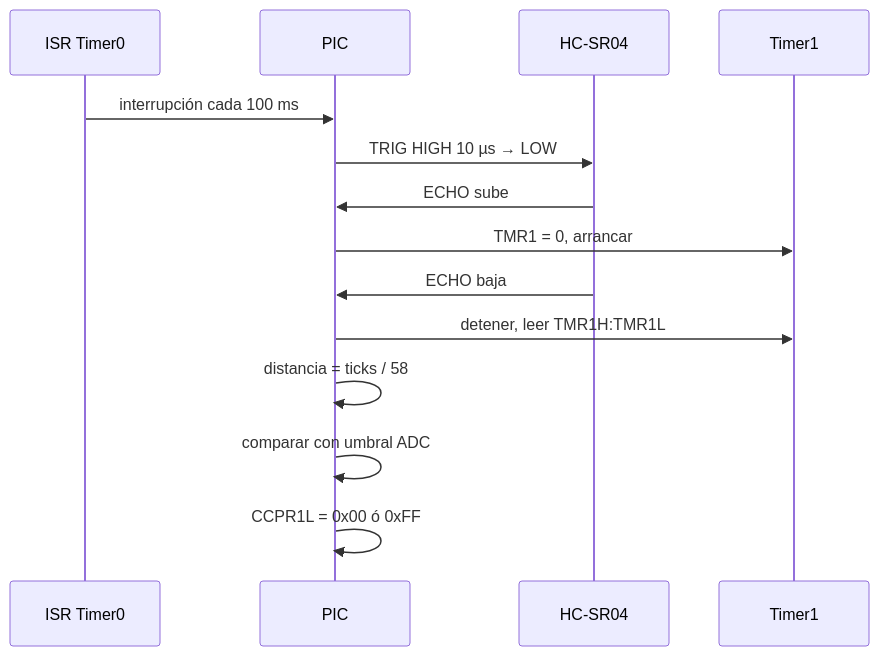
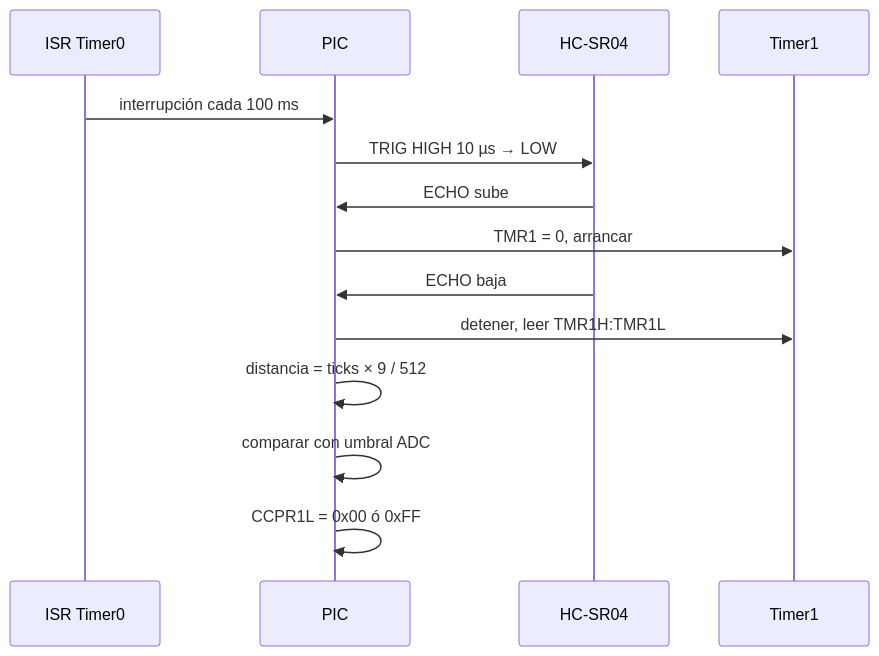
The second of 2 diagrams in README.md (DiligentOtter/Trabajo-Pratico-Final-DII), drawn with Mermaid before and after one commit. The commit also changed other lines of this file and 5 other files, not shown here.

````diff
--- a/README.md
+++ b/README.md
@@ -162,17 +162,17 @@
 ```mermaid
 sequenceDiagram
     participant TMR0 as ISR Timer0
     participant PIC
     participant SR04 as HC-SR04
     participant TMR1 as Timer1
 
     TMR0->>PIC: interrupción cada 100 ms
     PIC->>SR04: TRIG HIGH 10 µs → LOW
     SR04->>PIC: ECHO sube
     PIC->>TMR1: TMR1 = 0, arrancar
     SR04->>PIC: ECHO baja
     PIC->>TMR1: detener, leer TMR1H:TMR1L
-    PIC->>PIC: distancia = ticks / 58
+    PIC->>PIC: distancia = ticks × 9 / 512
     PIC->>PIC: comparar con umbral ADC
     PIC->>PIC: CCPR1L = 0x00 ó 0xFF
 ```
````
